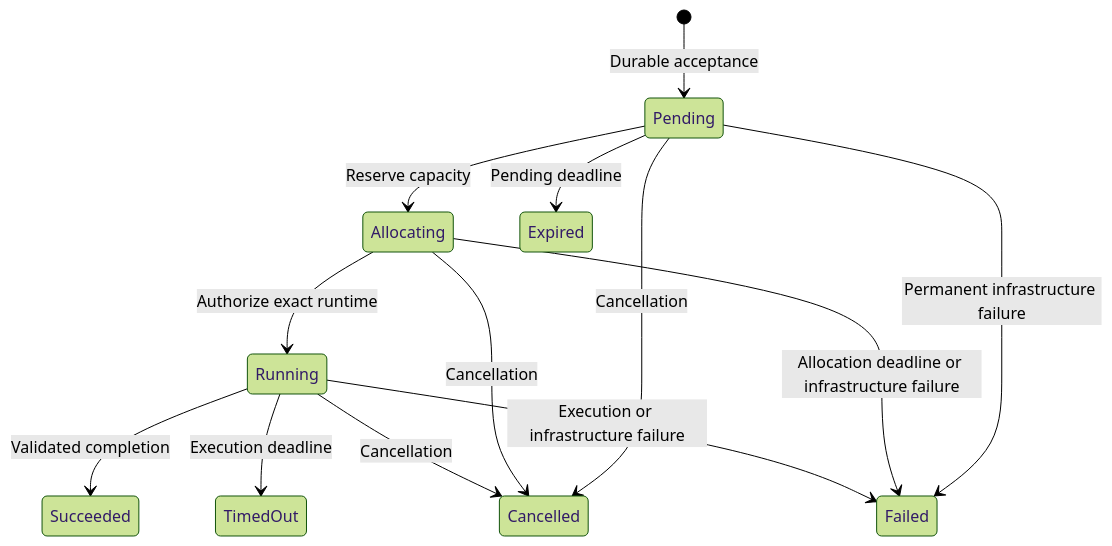
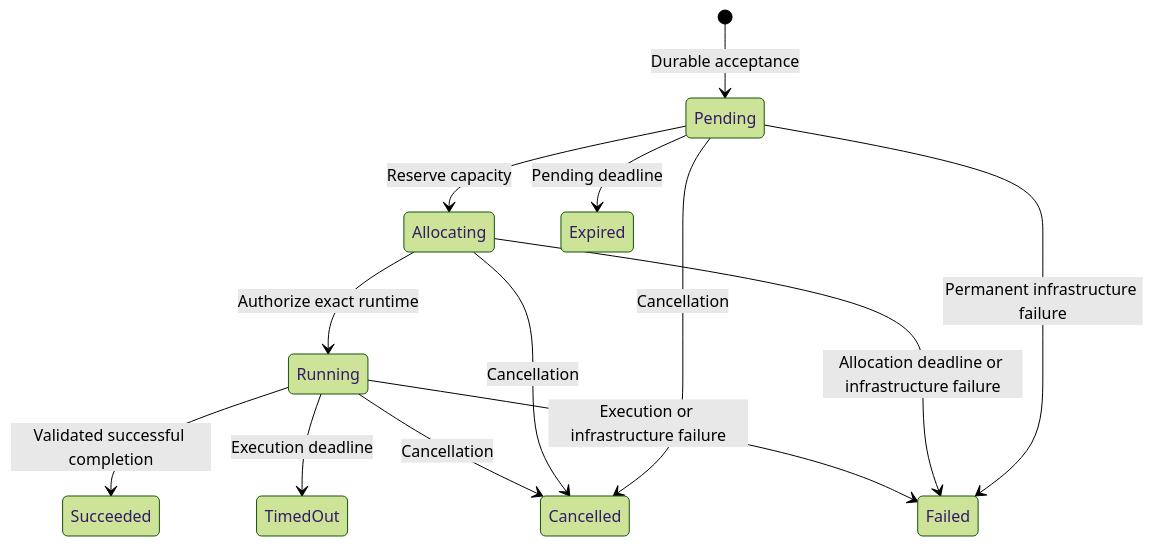
The diagram in docs/ADR/0002-task-lifecycle.md (akrisanov/kubetask), drawn with Mermaid (forest theme) before and after one commit. The commit also changed other lines of this file and 2 other files, not shown here.

````diff
--- a/docs/ADR/0002-task-lifecycle.md
+++ b/docs/ADR/0002-task-lifecycle.md
@@ -22,17 +22,17 @@
 ```mermaid
 stateDiagram-v2
     [*] --> Pending: Durable acceptance
     Pending --> Allocating: Reserve capacity
     Allocating --> Running: Authorize exact runtime
-    Running --> Succeeded: Validated completion
+    Running --> Succeeded: Validated successful completion
 
     Pending --> Expired: Pending deadline
     Pending --> Cancelled: Cancellation
     Allocating --> Cancelled: Cancellation
     Running --> Cancelled: Cancellation
     Running --> TimedOut: Execution deadline
 
     Pending --> Failed: Permanent infrastructure failure
     Allocating --> Failed: Allocation deadline or infrastructure failure
     Running --> Failed: Execution or infrastructure failure
 ```
````
